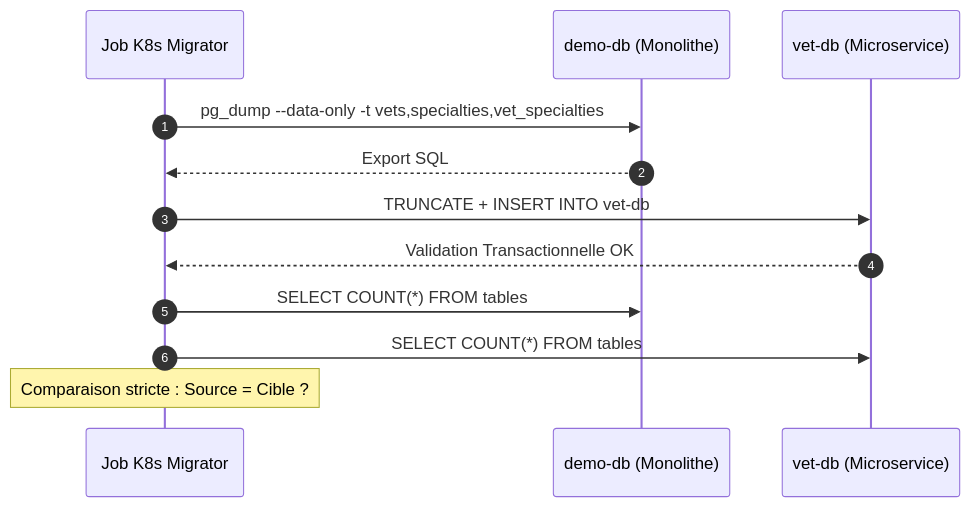
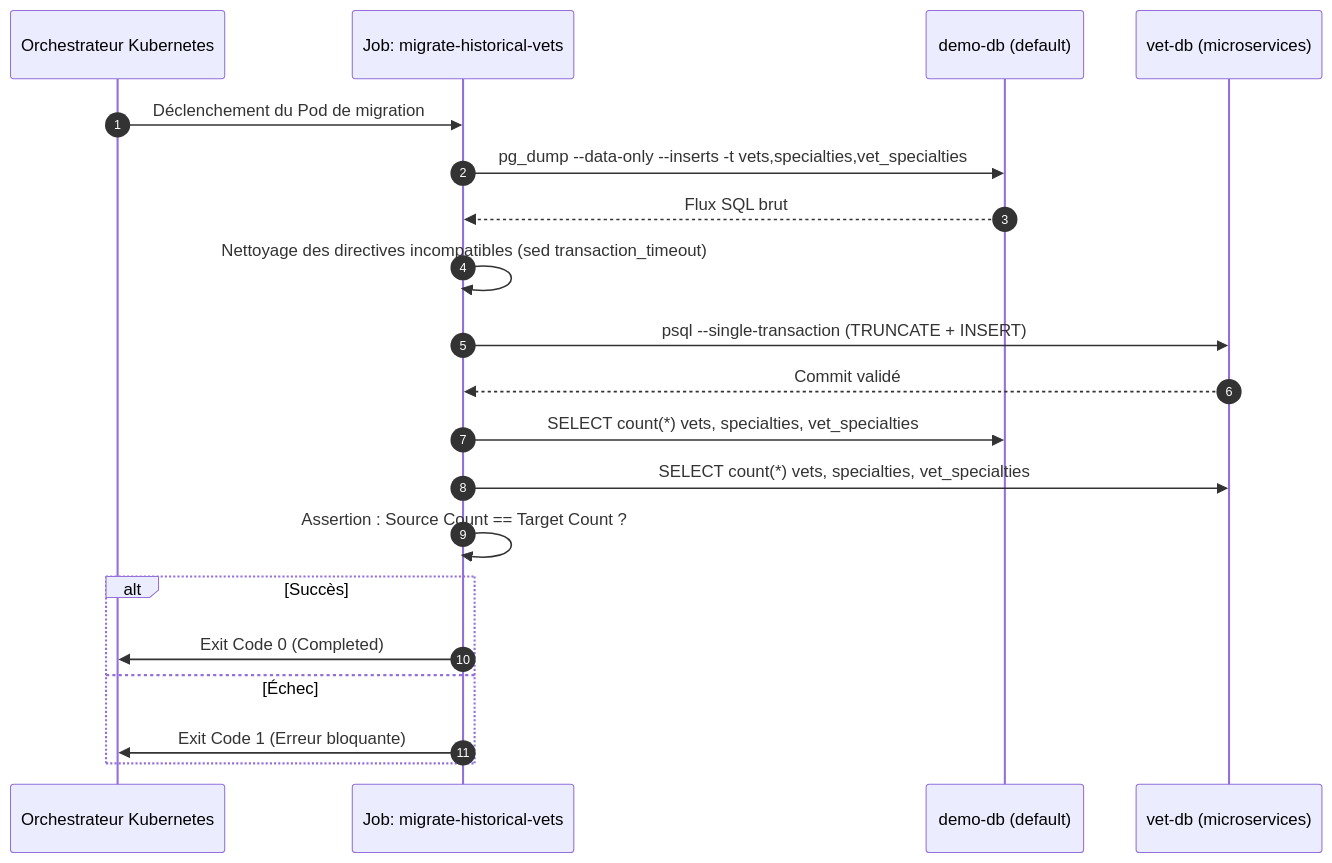
Before and after one commit to abdochiguer/Monolith-to-Microservices-Migration: the fifth of 6 diagrams in README.md, drawn with Mermaid. The commit also changed other lines of this file and 1 other file, not shown here.

````diff
--- a/README.md
+++ b/README.md
@@ -178,15 +222,23 @@
 ```mermaid
 sequenceDiagram
     autonumber
-    participant Job as Job K8s Migrator
-    participant Source as demo-db (Monolithe)
-    participant Dest as vet-db (Microservice)
+    participant K8s as Orchestrateur Kubernetes
+    participant Job as Job: migrate-historical-vets
+    participant Src as demo-db (default)
+    participant Dst as vet-db (microservices)
 
-    Job->>Source: pg_dump --data-only -t vets,specialties,vet_specialties
-    Source-->>Job: Export SQL
-    Job->>Dest: TRUNCATE + INSERT INTO vet-db
-    Dest-->>Job: Validation Transactionnelle OK
-    Job->>Source: SELECT COUNT(*) FROM tables
-    Job->>Dest: SELECT COUNT(*) FROM tables
-    Note over Job: Comparaison stricte : Source = Cible ?
+    K8s->>Job: Déclenchement du Pod de migration
+    Job->>Src: pg_dump --data-only --inserts -t vets,specialties,vet_specialties
+    Src-->>Job: Flux SQL brut
+    Job->>Job: Nettoyage des directives incompatibles (sed transaction_timeout)
+    Job->>Dst: psql --single-transaction (TRUNCATE + INSERT)
+    Dst-->>Job: Commit validé
+    Job->>Src: SELECT count(*) vets, specialties, vet_specialties
+    Job->>Dst: SELECT count(*) vets, specialties, vet_specialties
+    Job->>Job: Assertion : Source Count == Target Count ?
+    alt Succès
+        Job->>K8s: Exit Code 0 (Completed)
+    else Échec
+        Job->>K8s: Exit Code 1 (Erreur bloquante)
+    end
 ```
````
